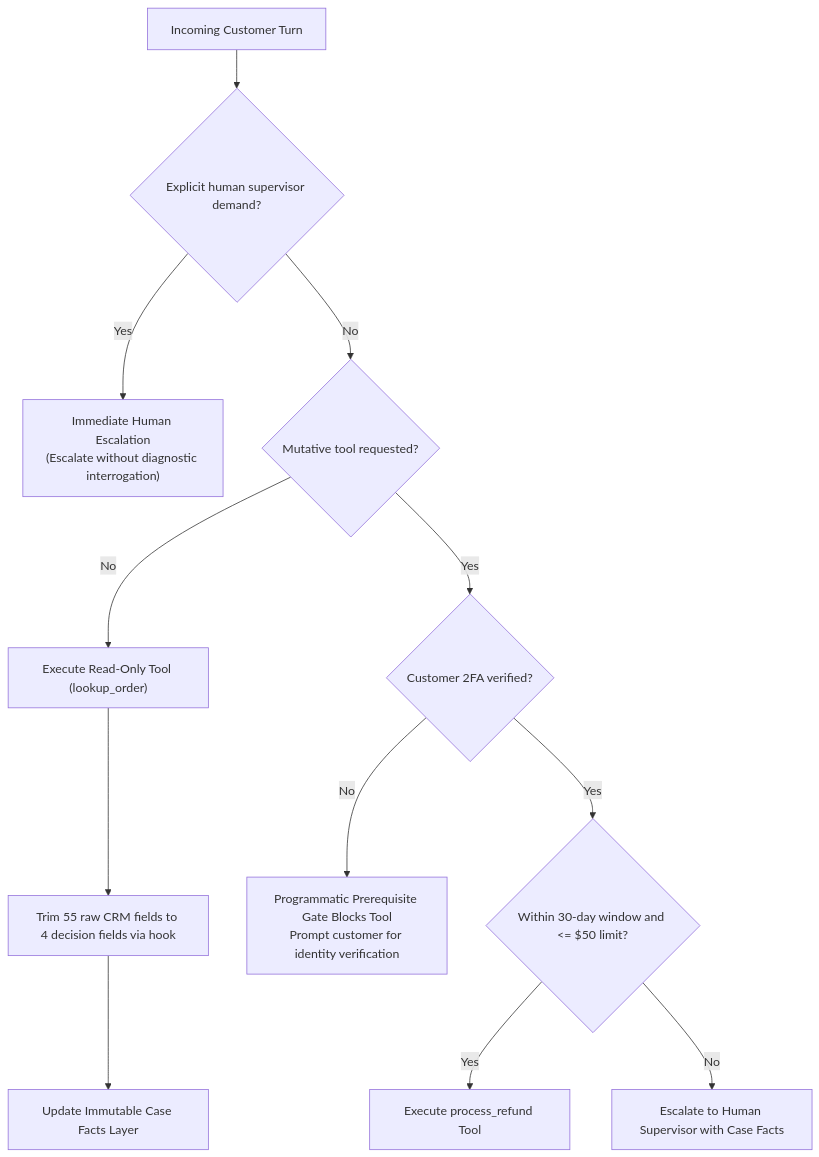
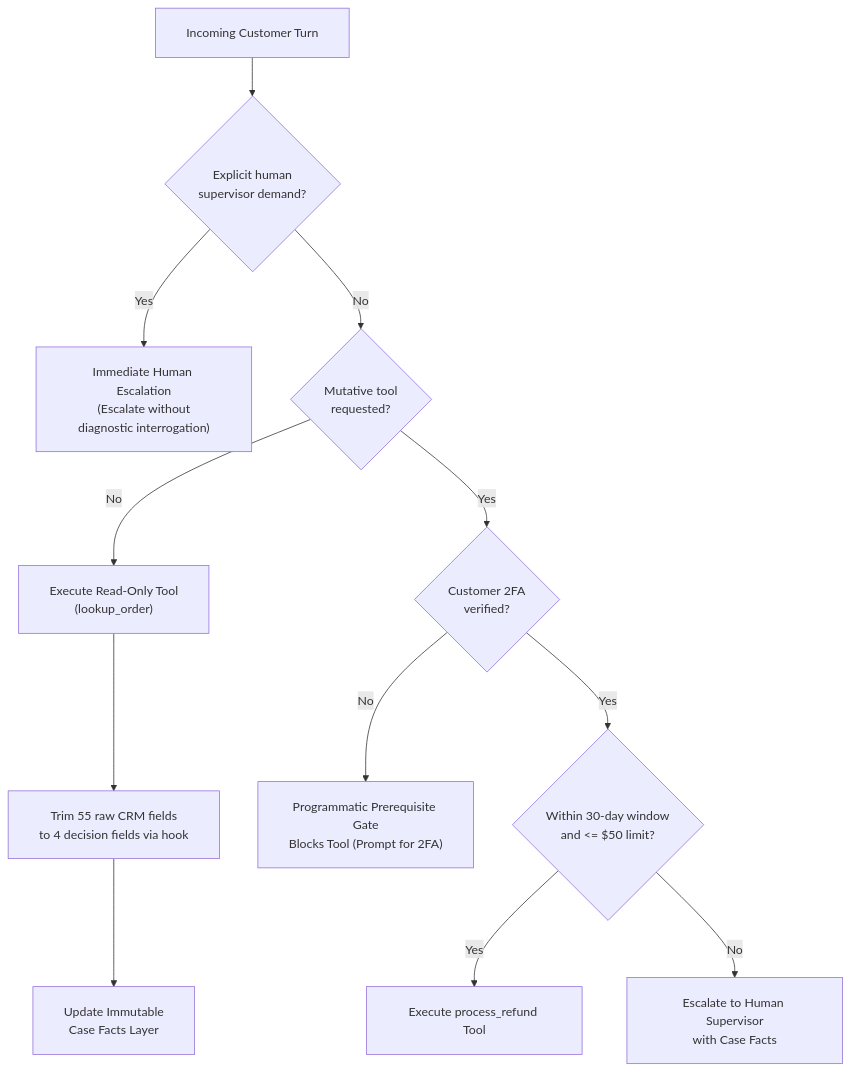
Before and after one commit to dip4k/claude_cert_architect_foundation_prep: the fourth of 6 diagrams in scenarios/MASTER_SCENARIO_PRACTICE.md, drawn with Mermaid. The commit also changed other lines of this file and 31 other files, not shown here.

First line of the commit message:
docs(diagrams): fix text trimming, padding, and layout in all mermaid diagrams

````diff
--- a/scenarios/MASTER_SCENARIO_PRACTICE.md
+++ b/scenarios/MASTER_SCENARIO_PRACTICE.md
@@ -87,16 +90,17 @@
 ```mermaid
+%%{init: {"flowchart": {"htmlLabels": true, "padding": 20}}}%%
 flowchart TD
-    UserTurn["Incoming Customer Turn"] --> DemandHuman{"Explicit human supervisor demand?"}
-    DemandHuman -- "Yes" --> Escalate["Immediate Human Escalation<br/>(Escalate without diagnostic interrogation)"]
+    UserTurn["Incoming Customer Turn"] --> DemandHuman{"Explicit human<br/>supervisor demand?"}
+    DemandHuman -- "Yes" --> Escalate["Immediate Human Escalation<br/>(Escalate without<br/>diagnostic interrogation)"]
     
-    DemandHuman -- "No" --> IntentCheck{"Mutative tool requested?"}
-    IntentCheck -- "No" --> ReadOnlyTool["Execute Read-Only Tool (lookup_order)"]
-    ReadOnlyTool --> Trim["Trim 55 raw CRM fields to 4 decision fields via hook"]
-    Trim --> UpdateFacts["Update Immutable Case Facts Layer"]
+    DemandHuman -- "No" --> IntentCheck{"Mutative tool<br/>requested?"}
+    IntentCheck -- "No" --> ReadOnlyTool["Execute Read-Only Tool<br/>(lookup_order)"]
+    ReadOnlyTool --> Trim["Trim 55 raw CRM fields<br/>to 4 decision fields via hook"]
+    Trim --> UpdateFacts["Update Immutable<br/>Case Facts Layer"]
     
-    IntentCheck -- "Yes" --> AuthCheck{"Customer 2FA verified?"}
-    AuthCheck -- "No" --> AuthGate["Programmatic Prerequisite Gate Blocks Tool<br/>Prompt customer for identity verification"]
-    AuthCheck -- "Yes" --> PolicyCheck{"Within 30-day window and <= $50 limit?"}
+    IntentCheck -- "Yes" --> AuthCheck{"Customer 2FA<br/>verified?"}
+    AuthCheck -- "No" --> AuthGate["Programmatic Prerequisite Gate<br/>Blocks Tool (Prompt for 2FA)"]
+    AuthCheck -- "Yes" --> PolicyCheck{"Within 30-day window<br/>and <= $50 limit?"}
     PolicyCheck -- "Yes" --> ExecuteRefund["Execute process_refund Tool"]
-    PolicyCheck -- "No" --> PolicyEscalate["Escalate to Human Supervisor with Case Facts"]
+    PolicyCheck -- "No" --> PolicyEscalate["Escalate to Human Supervisor<br/>with Case Facts"]
 ```
````
